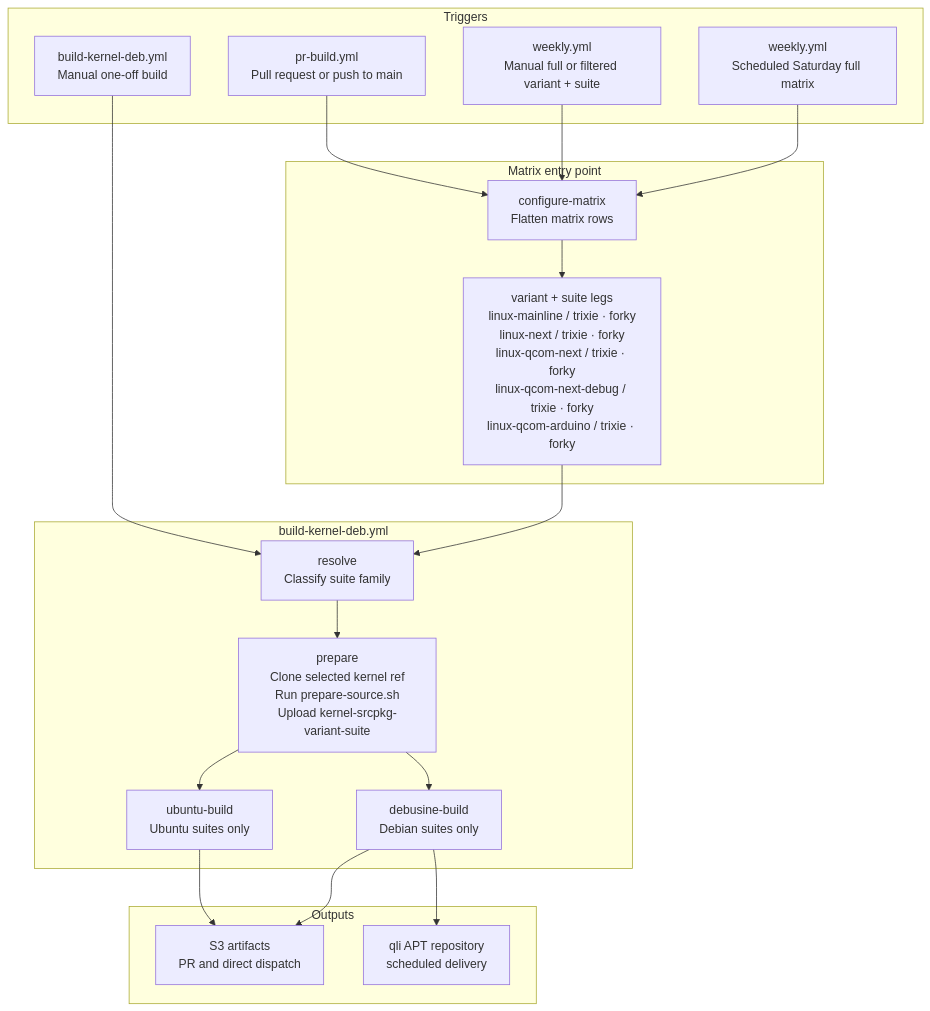
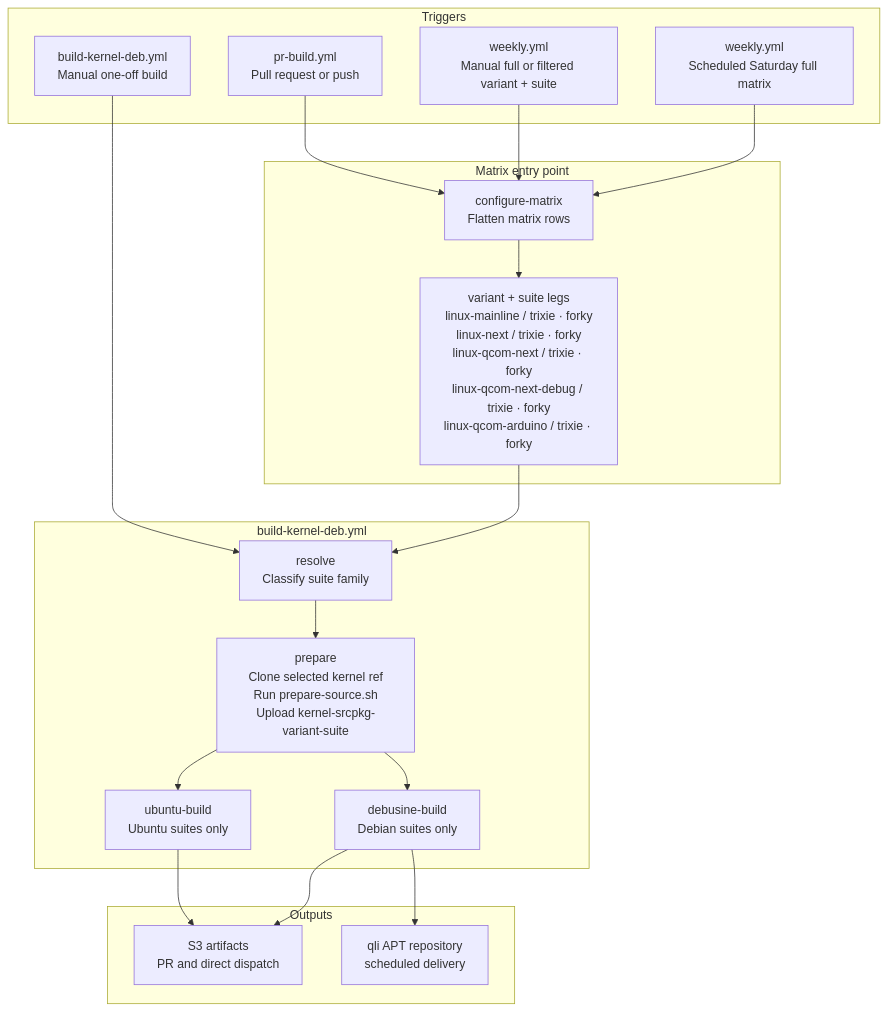
The second of 6 diagrams in README.md (qualcomm-linux/pkg-linux-qcom), drawn with Mermaid before and after one commit. The commit also changed other lines of this file and 1 other file, not shown here.

First line of the commit message:
ci: record the unfinished push trigger on pr-build.yml

````diff
--- a/README.md
+++ b/README.md
@@ -276,36 +280,36 @@
 ```mermaid
 flowchart TD
     subgraph triggers[Triggers]
         A1["weekly.yml\nScheduled Saturday full matrix"]
         A2["weekly.yml\nManual full or filtered variant + suite"]
         A3["build-kernel-deb.yml\nManual one-off build"]
-        A4["pr-build.yml\nPull request or push to main"]
+        A4["pr-build.yml\nPull request or push"]
     end
 
     subgraph matrix[Matrix entry point]
         B1["configure-matrix\nFlatten matrix rows"]
         B2["variant + suite legs\nlinux-mainline / trixie · forky\nlinux-next / trixie · forky\nlinux-qcom-next / trixie · forky\nlinux-qcom-next-debug / trixie · forky\nlinux-qcom-arduino / trixie · forky"]
     end
 
     subgraph orchestrator[build-kernel-deb.yml]
         C1["resolve\nClassify suite family"]
         C2["prepare\nClone selected kernel ref\nRun prepare-source.sh\nUpload kernel-srcpkg-variant-suite"]
         C3["debusine-build\nDebian suites only"]
         C4["ubuntu-build\nUbuntu suites only"]
     end
 
     subgraph outputs[Outputs]
         D1["S3 artifacts\nPR and direct dispatch"]
         D2["qli APT repository\nscheduled delivery"]
     end
 
     A1 --> B1
     A2 --> B1
     A4 --> B1
     B1 --> B2 --> C1
     A3 --> C1
     C1 --> C2
     C2 --> C3 & C4
     C3 --> D1 & D2
     C4 --> D1
 ```
````
